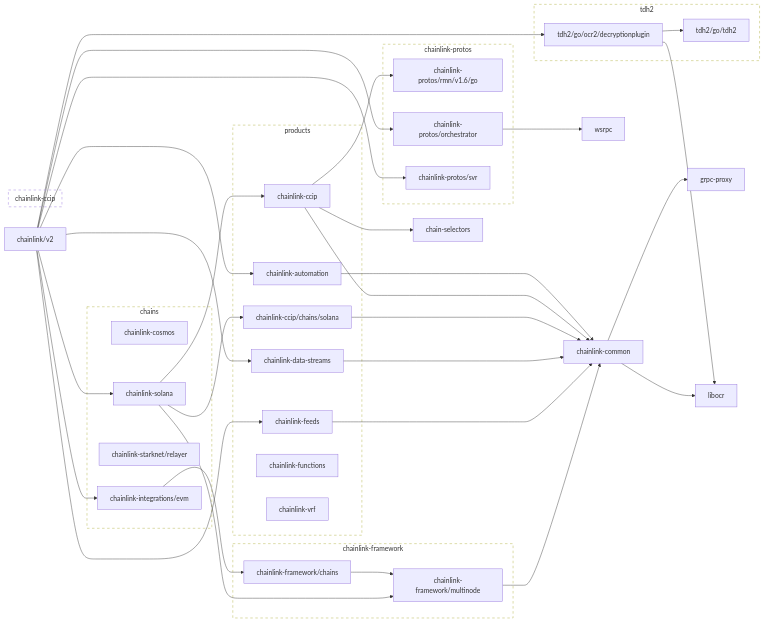
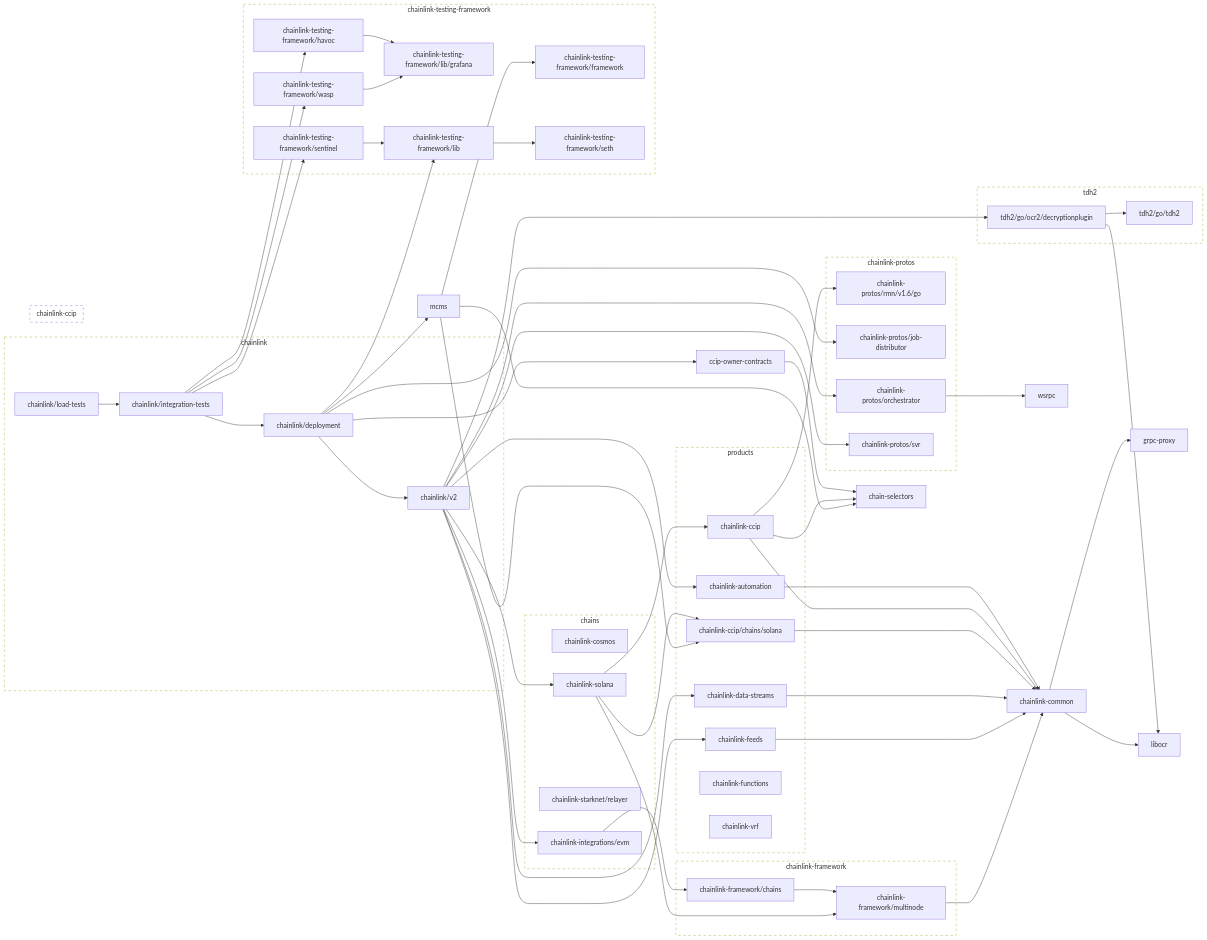
One commit to smartcontractkit/chainlink changed the first of 2 diagrams in go.md. Above: the diagram before and after it, drawn with Mermaid. The commit also changed other lines of this file and 10 other files, not shown here.

````diff
--- a/go.md
+++ b/go.md
@@ -22,6 +22,8 @@
   classDef group stroke-dasharray:6,fill:none;
   class chains,products group
 
+	ccip-owner-contracts --> chain-selectors
+	click ccip-owner-contracts href "https://github.com/smartcontractkit/ccip-owner-contracts"
 	chain-selectors
 	click chain-selectors href "https://github.com/smartcontractkit/chain-selectors"
 	chainlink-automation --> chainlink-common
@@ -45,6 +47,8 @@
 	click chainlink-framework/multinode href "https://github.com/smartcontractkit/chainlink-framework"
 	chainlink-integrations/evm --> chainlink-framework/chains
 	click chainlink-integrations/evm href "https://github.com/smartcontractkit/chainlink-integrations"
+	chainlink-protos/job-distributor
+	click chainlink-protos/job-distributor href "https://github.com/smartcontractkit/chainlink-protos"
 	chainlink-protos/orchestrator --> wsrpc
 	click chainlink-protos/orchestrator href "https://github.com/smartcontractkit/chainlink-protos"
 	chainlink-protos/rmn/v1.6/go
@@ -55,6 +59,33 @@
 	chainlink-solana --> chainlink-ccip/chains/solana
 	chainlink-solana --> chainlink-framework/multinode
 	click chainlink-solana href "https://github.com/smartcontractkit/chainlink-solana"
+	chainlink-testing-framework/framework
+	click chainlink-testing-framework/framework href "https://github.com/smartcontractkit/chainlink-testing-framework"
+	chainlink-testing-framework/havoc --> chainlink-testing-framework/lib/grafana
+	click chainlink-testing-framework/havoc href "https://github.com/smartcontractkit/chainlink-testing-framework"
+	chainlink-testing-framework/lib --> chainlink-testing-framework/seth
+	click chainlink-testing-framework/lib href "https://github.com/smartcontractkit/chainlink-testing-framework"
+	chainlink-testing-framework/lib/grafana
+	click chainlink-testing-framework/lib/grafana href "https://github.com/smartcontractkit/chainlink-testing-framework"
+	chainlink-testing-framework/sentinel --> chainlink-testing-framework/lib
+	click chainlink-testing-framework/sentinel href "https://github.com/smartcontractkit/chainlink-testing-framework"
+	chainlink-testing-framework/seth
+	click chainlink-testing-framework/seth href "https://github.com/smartcontractkit/chainlink-testing-framework"
+	chainlink-testing-framework/wasp --> chainlink-testing-framework/lib/grafana
+	click chainlink-testing-framework/wasp href "https://github.com/smartcontractkit/chainlink-testing-framework"
+	chainlink/deployment --> ccip-owner-contracts
+	chainlink/deployment --> chainlink-protos/job-distributor
+	chainlink/deployment --> chainlink-testing-framework/lib
+	chainlink/deployment --> chainlink/v2
+	chainlink/deployment --> mcms
+	click chainlink/deployment href "https://github.com/smartcontractkit/chainlink"
+	chainlink/integration-tests --> chainlink-testing-framework/havoc
+	chainlink/integration-tests --> chainlink-testing-framework/sentinel
+	chainlink/integration-tests --> chainlink-testing-framework/wasp
+	chainlink/integration-tests --> chainlink/deployment
+	click chainlink/integration-tests href "https://github.com/smartcontractkit/chainlink"
+	chainlink/load-tests --> chainlink/integration-tests
+	click chainlink/load-tests href "https://github.com/smartcontractkit/chainlink"
 	chainlink/v2 --> chainlink-automation
 	chainlink/v2 --> chainlink-data-streams
 	chainlink/v2 --> chainlink-feeds
@@ -68,6 +99,10 @@
 	click grpc-proxy href "https://github.com/smartcontractkit/grpc-proxy"
 	libocr
 	click libocr href "https://github.com/smartcontractkit/libocr"
+	mcms --> chain-selectors
+	mcms --> chainlink-ccip/chains/solana
+	mcms --> chainlink-testing-framework/framework
+	click mcms href "https://github.com/smartcontractkit/mcms"
 	tdh2/go/ocr2/decryptionplugin --> libocr
 	tdh2/go/ocr2/decryptionplugin --> tdh2/go/tdh2
 	click tdh2/go/ocr2/decryptionplugin href "https://github.com/smartcontractkit/tdh2"
@@ -75,6 +110,14 @@
 	click tdh2/go/tdh2 href "https://github.com/smartcontractkit/tdh2"
 	wsrpc
 	click wsrpc href "https://github.com/smartcontractkit/wsrpc"
+
+	subgraph chainlink-repo[chainlink]
+		 chainlink/deployment
+		 chainlink/integration-tests
+		 chainlink/load-tests
+		 chainlink/v2
+	end
+	click chainlink-repo href "https://github.com/smartcontractkit/chainlink"
 
 	subgraph chainlink-ccip-repo[chainlink-ccip]
 		 chainlink-ccip
@@ -89,11 +132,23 @@
 	click chainlink-framework-repo href "https://github.com/smartcontractkit/chainlink-framework"
 
 	subgraph chainlink-protos-repo[chainlink-protos]
+		 chainlink-protos/job-distributor
 		 chainlink-protos/orchestrator
 		 chainlink-protos/rmn/v1.6/go
 		 chainlink-protos/svr
 	end
 	click chainlink-protos-repo href "https://github.com/smartcontractkit/chainlink-protos"
+
+	subgraph chainlink-testing-framework-repo[chainlink-testing-framework]
+		 chainlink-testing-framework/framework
+		 chainlink-testing-framework/havoc
+		 chainlink-testing-framework/lib
+		 chainlink-testing-framework/lib/grafana
+		 chainlink-testing-framework/sentinel
+		 chainlink-testing-framework/seth
+		 chainlink-testing-framework/wasp
+	end
+	click chainlink-testing-framework-repo href "https://github.com/smartcontractkit/chainlink-testing-framework"
 
 	subgraph tdh2-repo[tdh2]
 		 tdh2/go/ocr2/decryptionplugin
@@ -102,5 +157,5 @@
 	click tdh2-repo href "https://github.com/smartcontractkit/tdh2"
 
 	classDef outline stroke-dasharray:6,fill:none;
-	class chainlink-ccip-repo,chainlink-framework-repo,chainlink-protos-repo,tdh2-repo outline
+	class chainlink-repo,chainlink-ccip-repo,chainlink-framework-repo,chainlink-protos-repo,chainlink-testing-framework-repo,tdh2-repo outline
 ```
````
